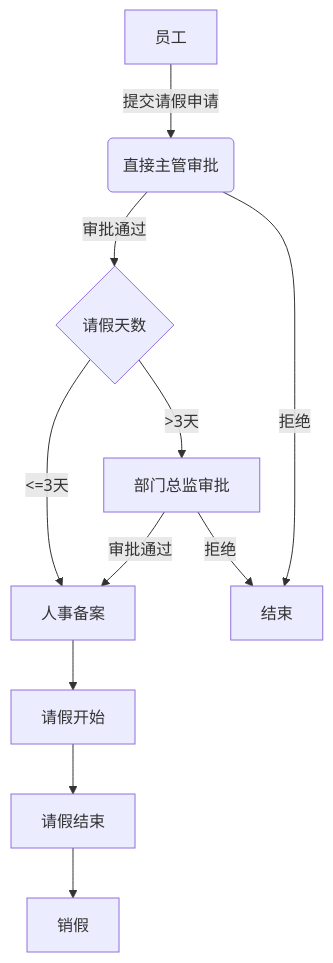
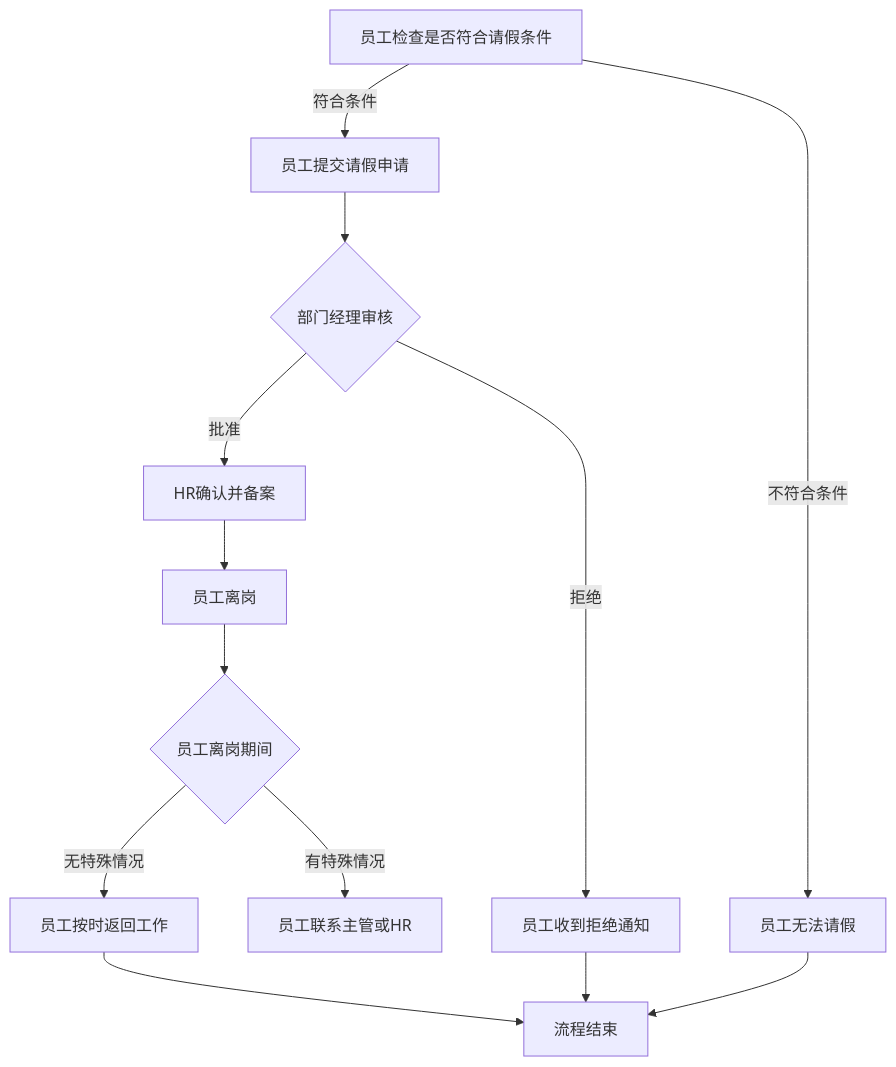
One commit to lwmacct/250212-try-mermaid changed the third of 5 diagrams in 20250212/readme.md. Above: the diagram before and after it, drawn with Mermaid. The commit also changed other lines of this file, not shown here.

Commit message:
请假流程图

````diff
--- a/20250212/readme.md
+++ b/20250212/readme.md
@@ -8,13 +42,15 @@
 ```mermaid
 flowchart TD
-    A[员工] -->|提交请假申请| B(直接主管审批)
-    B -->|审批通过| C{请假天数}
-    B -->|拒绝| D[结束]
-    C -->|<=3天| E[人事备案]
-    C -->|>3天| F[部门总监审批]
-    F -->|审批通过| E
-    F -->|拒绝| D
-    E --> G[请假开始]
-    G --> H[请假结束]
-    H --> I[销假]
+    A[员工检查是否符合请假条件] -->|符合条件| B[员工提交请假申请]
+    A -->|不符合条件| Z[员工无法请假]
+    B --> C{部门经理审核}
+    C -->|批准| D[HR确认并备案]
+    C -->|拒绝| E[员工收到拒绝通知]
+    D --> F[员工离岗]
+    F --> G{员工离岗期间}
+    G -->|无特殊情况| H[员工按时返回工作]
+    G -->|有特殊情况| I[员工联系主管或HR]
+    H --> J[流程结束]
+    E --> J
+    Z --> J
 ```
````
